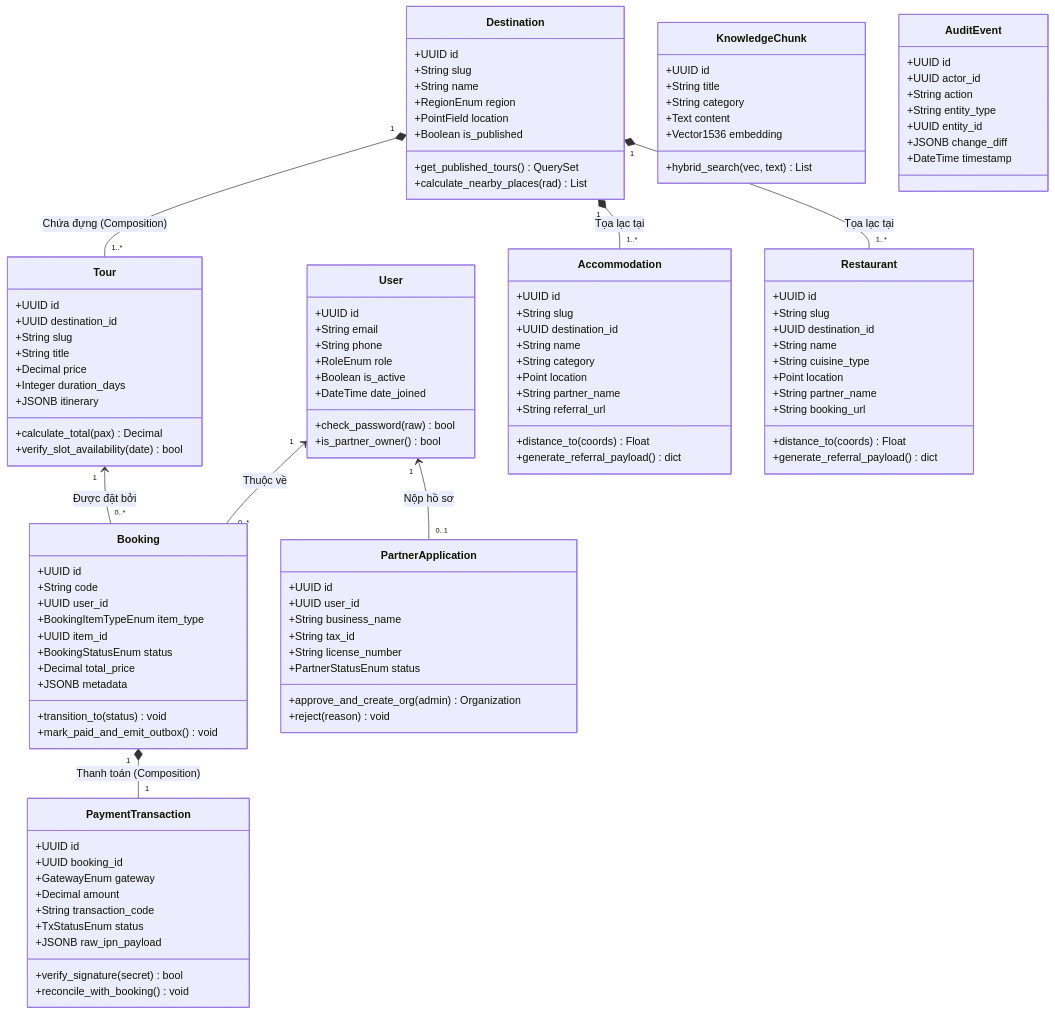
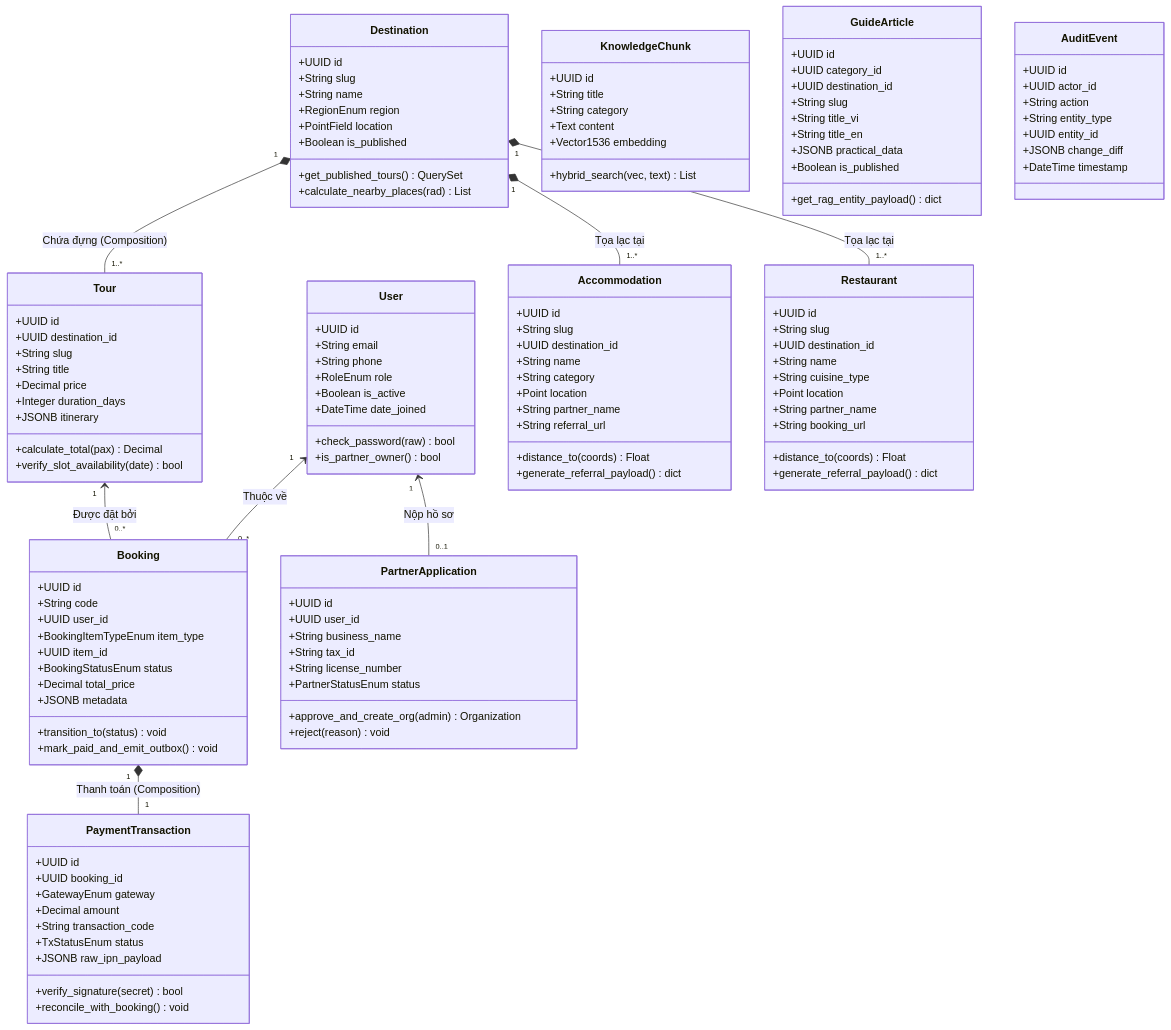
Before and after one commit to STAR-Trevaling/Website-Traveling: the second of 9 diagrams in docs/uml-diagrams.md, drawn with Mermaid. The commit also changed other lines of this file and 8 other files, not shown here.

```diff
--- a/docs/uml-diagrams.md
+++ b/docs/uml-diagrams.md
@@ -179,6 +181,18 @@
         +hybrid_search(vec, text) List
     }
 
+    class GuideArticle {
+        +UUID id
+        +UUID category_id
+        +UUID destination_id
+        +String slug
+        +String title_vi
+        +String title_en
+        +JSONB practical_data
+        +Boolean is_published
+        +get_rag_entity_payload() dict
+    }
+
     class AuditEvent {
         +UUID id
         +UUID actor_id
```
